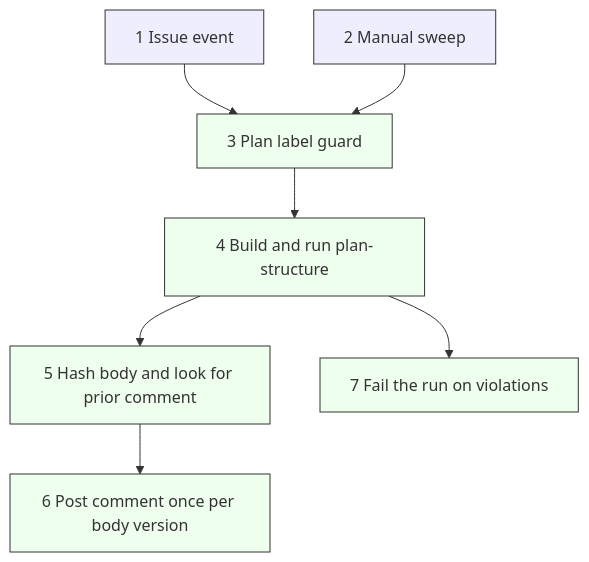
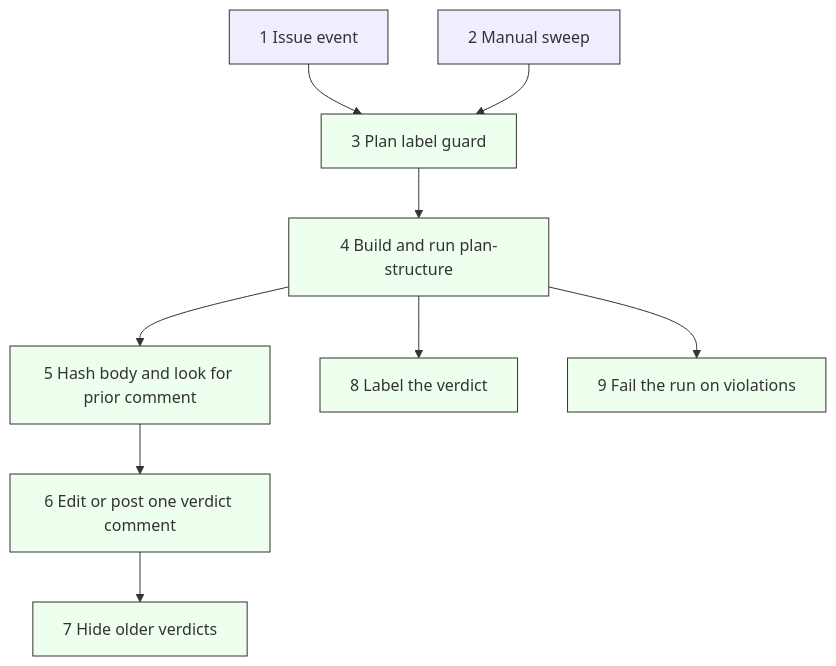
The first of 2 diagrams in .github/workflows/README.md (may-journal/fitness-runner), drawn with Mermaid before and after one commit. The commit also changed other lines of this file and 8 other files, not shown here.

First line of the commit message:
feat(runner): keep one plan-check verdict per Issue and label it (#156)

````diff
--- a/.github/workflows/README.md
+++ b/.github/workflows/README.md
@@ -13,18 +13,22 @@
 ```mermaid
 flowchart TD
     A[1 Issue event]:::trigger
     B[2 Manual sweep]:::trigger
     C[3 Plan label guard]:::step
     D[4 Build and run plan-structure]:::step
     E[5 Hash body and look for prior comment]:::step
-    F[6 Post comment once per body version]:::step
-    G[7 Fail the run on violations]:::step
+    F[6 Edit or post one verdict comment]:::step
+    G[7 Hide older verdicts]:::step
+    H[8 Label the verdict]:::step
+    I[9 Fail the run on violations]:::step
     A --> C
     B --> C
     C --> D
     D --> E
     E --> F
-    D --> G
+    F --> G
+    D --> H
+    D --> I
     classDef trigger fill:#eef,stroke:#333
     classDef step fill:#efe,stroke:#333
 ```
````
